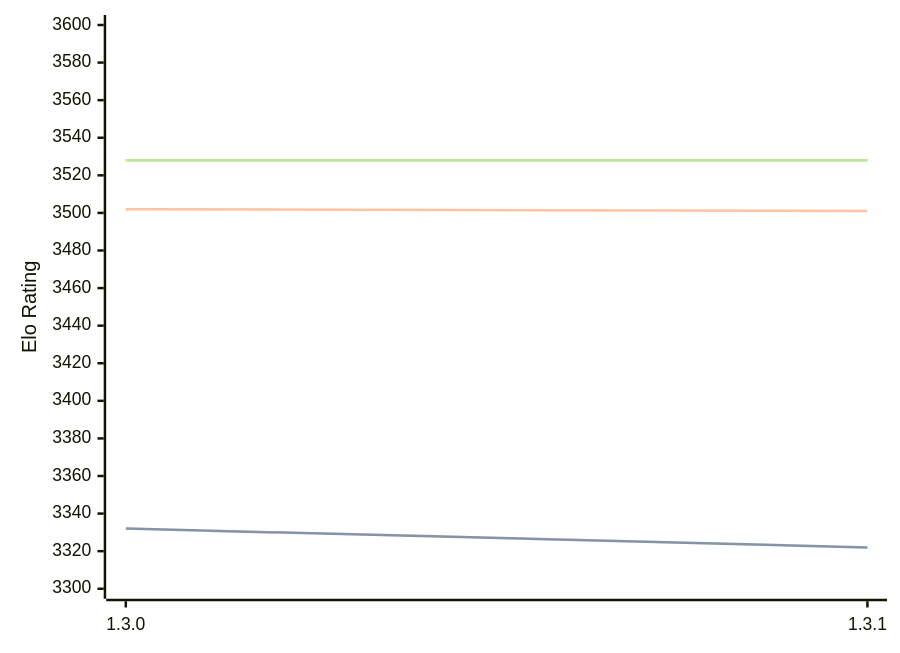
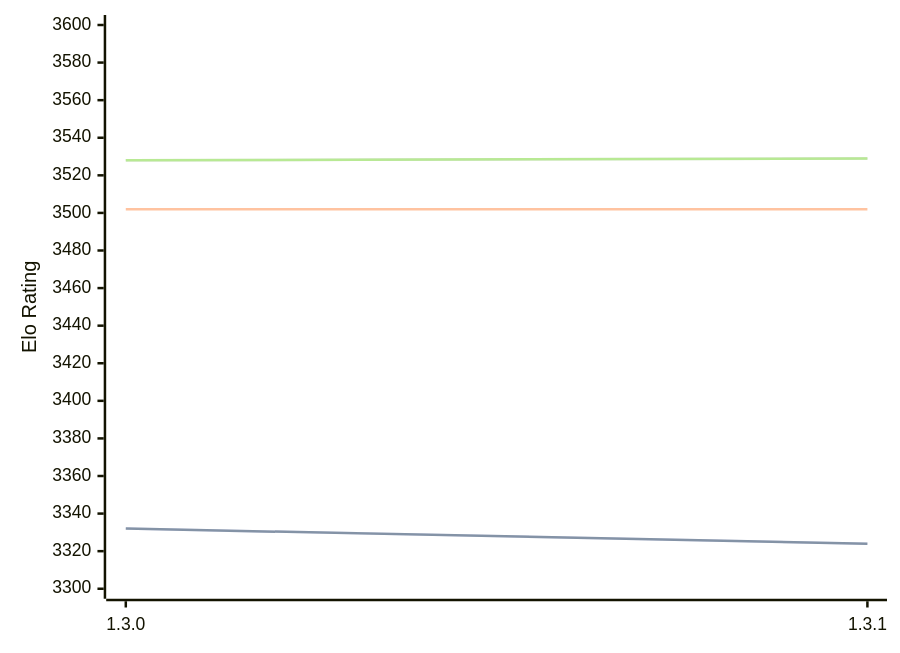
Before and after one commit to computer-chess-index/cci: the diagram in engines/Renegade.md, drawn with Mermaid. The commit also changed other lines of this file, not shown here.

Commit message:
Update CCI Ratings (ELO VLTC) - 2026-07-29

````diff
--- a/engines/Renegade.md
+++ b/engines/Renegade.md
@@ -42,11 +42,11 @@
 ```mermaid
 %%{init: {"theme":"base","themeVariables":{"seriesColors:['#a3a3a3','#222221','#faa371']}}}%%
 xychart-beta
   x-axis ["1.3.0", "1.3.1"]
   y-axis "Elo Rating" 3300 --> 3600
-  line "STC (8.0+0.08s)" [3332, 3322]
-  line "STC (8.0+0.08s)" [3332, 3322]
-  line "LTC (60.0+0.60s)" [3502, 3501]
-  line "VLTC (2m24s+1.12s)" [3528, 3528]
-  line "VLTC (2m24s+1.12s)" [3528, 3528]
+  line "STC (8.0+0.08s)" [3332, 3324]
+  line "STC (8.0+0.08s)" [3332, 3324]
+  line "LTC (60.0+0.60s)" [3502, 3502]
+  line "VLTC (2m24s+1.12s)" [3528, 3529]
+  line "VLTC (2m24s+1.12s)" [3528, 3529]
 ```
````
